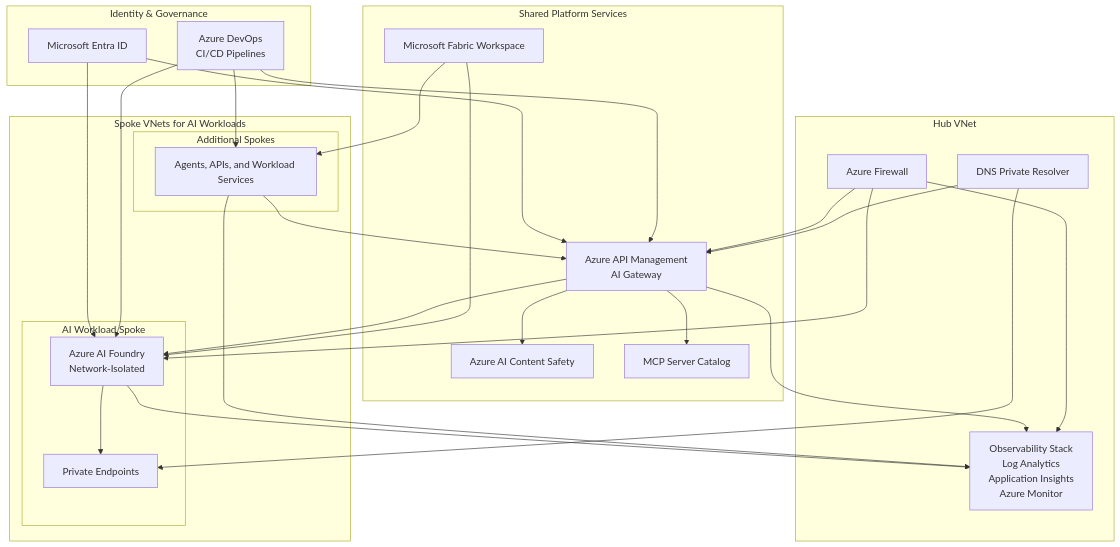
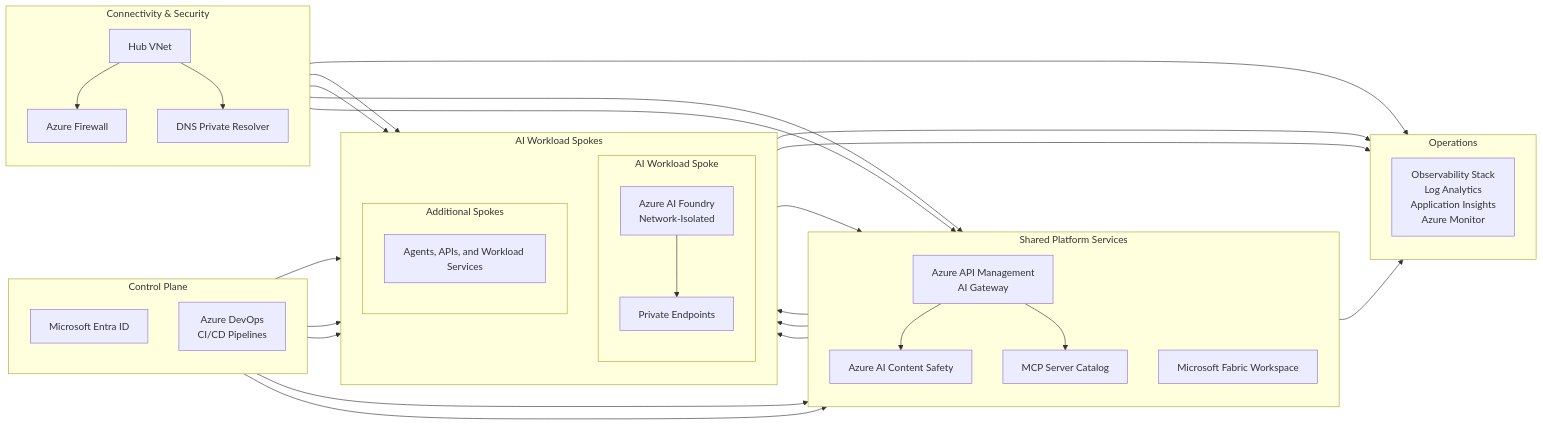
Before and after one commit to rob-mckenna/msf-iac-ado: the diagram in README.md, drawn with Mermaid.

````diff
--- a/README.md
+++ b/README.md
@@ -24,54 +24,70 @@
 ```mermaid
-flowchart TB
-    subgraph Identity[Identity & Governance]
+flowchart LR
+    %% Left-to-right layering keeps flow readable and minimizes line crossings.
+
+    subgraph Control[Control Plane]
+        direction TB
         Entra[Microsoft Entra ID]
         AzDO[Azure DevOps\nCI/CD Pipelines]
     end
 
-    subgraph Hub[Hub VNet]
+    subgraph Network[Connectivity & Security]
+        direction TB
+        Hub[Hub VNet]
         Firewall[Azure Firewall]
         DNS[DNS Private Resolver]
-        Obs[Observability Stack\nLog Analytics\nApplication Insights\nAzure Monitor]
+        Hub --> Firewall
+        Hub --> DNS
     end
 
-    subgraph Shared[Shared Platform Services]
+    subgraph Platform[Shared Platform Services]
+        direction TB
         APIM[Azure API Management\nAI Gateway]
         Safety[Azure AI Content Safety]
         MCP[MCP Server Catalog]
         Fabric[Microsoft Fabric Workspace]
     end
 
-    subgraph Spokes[Spoke VNets for AI Workloads]
-        subgraph WorkloadA[AI Workload Spoke]
+    subgraph Workloads[AI Workload Spokes]
+        direction TB
+        subgraph SpokeA[AI Workload Spoke]
+            direction TB
             Foundry[Azure AI Foundry\nNetwork-Isolated]
             PrivateEP[Private Endpoints]
+            Foundry --> PrivateEP
         end
-        subgraph WorkloadB[Additional Spokes]
+        subgraph SpokeB[Additional Spokes]
+            direction TB
             Apps[Agents, APIs, and Workload Services]
         end
     end
 
+    subgraph Ops[Operations]
+        direction TB
+        Obs[Observability Stack\nLog Analytics\nApplication Insights\nAzure Monitor]
+    end
+
     Entra --> APIM
     Entra --> Foundry
+
     AzDO --> APIM
     AzDO --> Foundry
     AzDO --> Apps
 
     Firewall --> APIM
     Firewall --> Foundry
+    DNS --> APIM
     DNS --> PrivateEP
-    DNS --> APIM
 
     APIM --> Foundry
+    APIM --> Safety
     APIM --> MCP
-    APIM --> Safety
     Apps --> APIM
     Fabric --> Foundry
     Fabric --> Apps
-    Foundry --> PrivateEP
 
     APIM --> Obs
     Foundry --> Obs
     Apps --> Obs
     Firewall --> Obs
 ```
````
